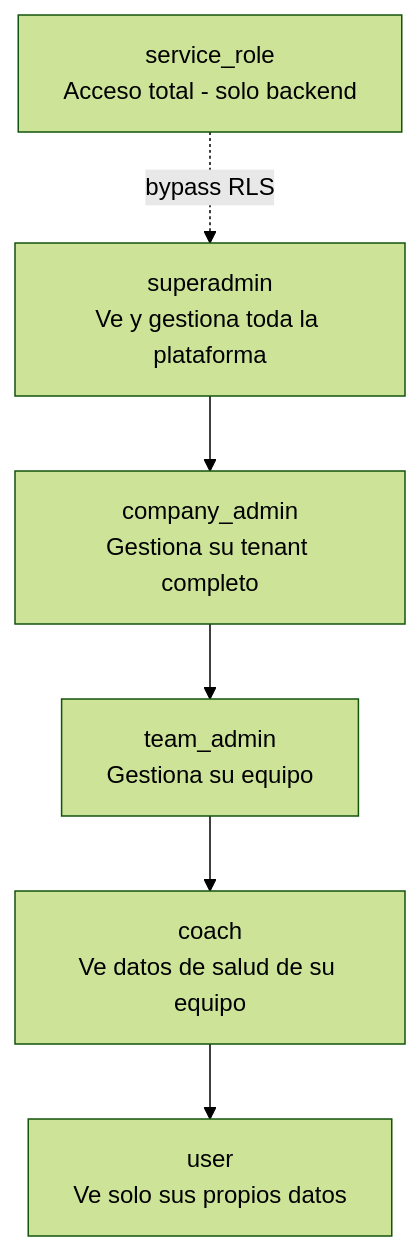
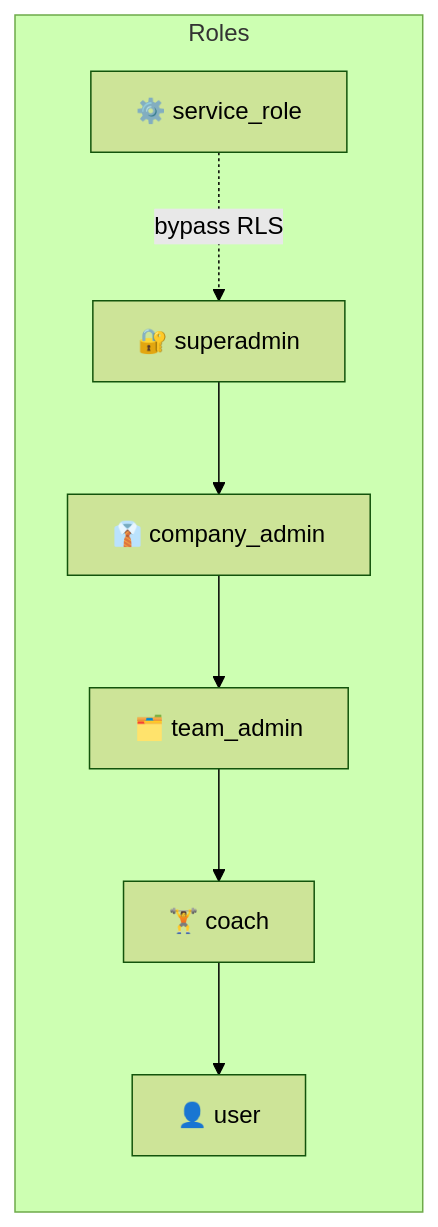
The third of 5 diagrams in tentant-system.md (CristianVidalRebolledo/arquitectura-mother-supabase), drawn with Mermaid (forest theme) before and after one commit. The commit also changed other lines of this file, not shown here.

Commit message:
corrección en el formato de los mermaid

````diff
--- a/tentant-system.md
+++ b/tentant-system.md
@@ -144,12 +61,17 @@
 ```mermaid
-graph TD
-    SA[superadmin\nVe y gestiona toda la plataforma]
-    CA[company_admin\nGestiona su tenant completo]
-    TA[team_admin\nGestiona su equipo]
-    CO[coach\nVe datos de salud de su equipo]
-    US[user\nVe solo sus propios datos]
-    SR[service_role\nAcceso total - solo backend]
+flowchart LR
+    subgraph Roles
+        SR[⚙️ service_role]
+        SA[🔐 superadmin]
+        CA[👔 company_admin]
+        TA[🗂️ team_admin]
+        CO[🏋️ coach]
+        US[👤 user]
+    end
 
-    SA --> CA --> TA --> CO --> US
     SR -. bypass RLS .-> SA
+    SA --> CA
+    CA --> TA
+    TA --> CO
+    CO --> US
 ```
````
